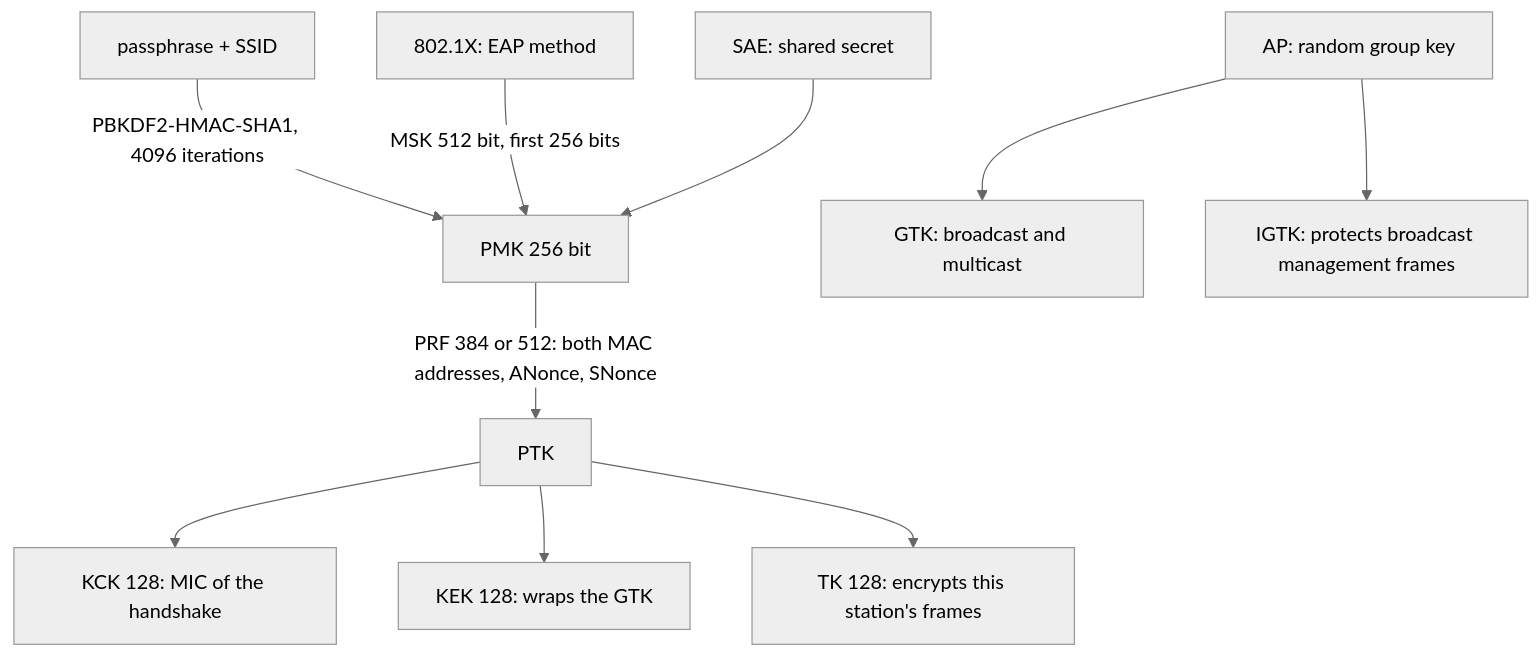
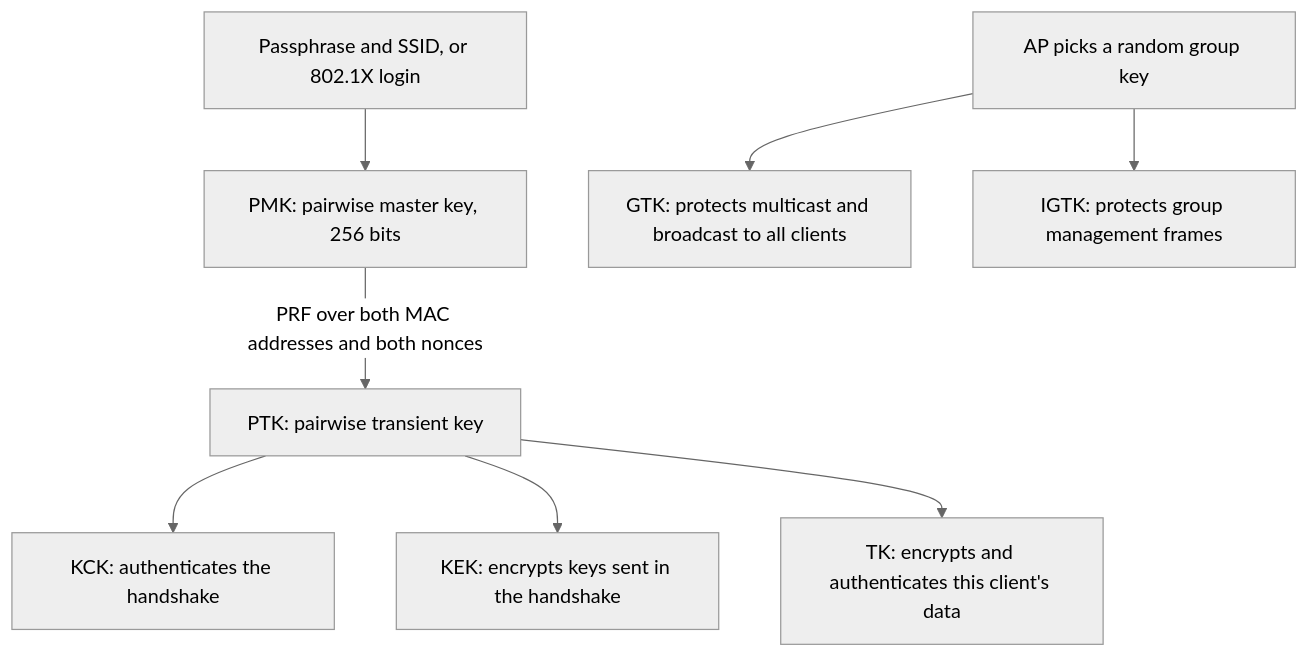
The first of 3 diagrams in 07_networking/10_wifi/04_wifi_security.md (Princeahrwar/Study), drawn with Mermaid (neutral theme) before and after one commit. The commit also changed other lines of this file, not shown here.

First line of the commit message:
WF 04: concept-first rewrite in the WF 14 style

````diff
--- a/07_networking/10_wifi/04_wifi_security.md
+++ b/07_networking/10_wifi/04_wifi_security.md
@@ -112,12 +56,10 @@
 ```mermaid
 flowchart TD
-    A[passphrase + SSID] -->|PBKDF2-HMAC-SHA1, 4096 iterations| B[PMK 256 bit]
-    S[802.1X: EAP method] -->|MSK 512 bit, first 256 bits| B
-    X[SAE: shared secret] --> B
-    B -->|PRF 384 or 512: both MAC addresses, ANonce, SNonce| C[PTK]
-    C --> D[KCK 128: MIC of the handshake]
-    C --> E[KEK 128: wraps the GTK]
-    C --> F[TK 128: encrypts this station's frames]
-    G[AP: random group key] --> H[GTK: broadcast and multicast]
-    G --> I[IGTK: protects broadcast management frames]
+    A[Passphrase and SSID, or 802.1X login] --> B[PMK: pairwise master key, 256 bits]
+    B -->|PRF over both MAC addresses and both nonces| C[PTK: pairwise transient key]
+    C --> D[KCK: authenticates the handshake]
+    C --> E[KEK: encrypts keys sent in the handshake]
+    C --> F[TK: encrypts and authenticates this client's data]
+    G[AP picks a random group key] --> H[GTK: protects multicast and broadcast to all clients]
+    G --> I[IGTK: protects group management frames]
 ```
````
